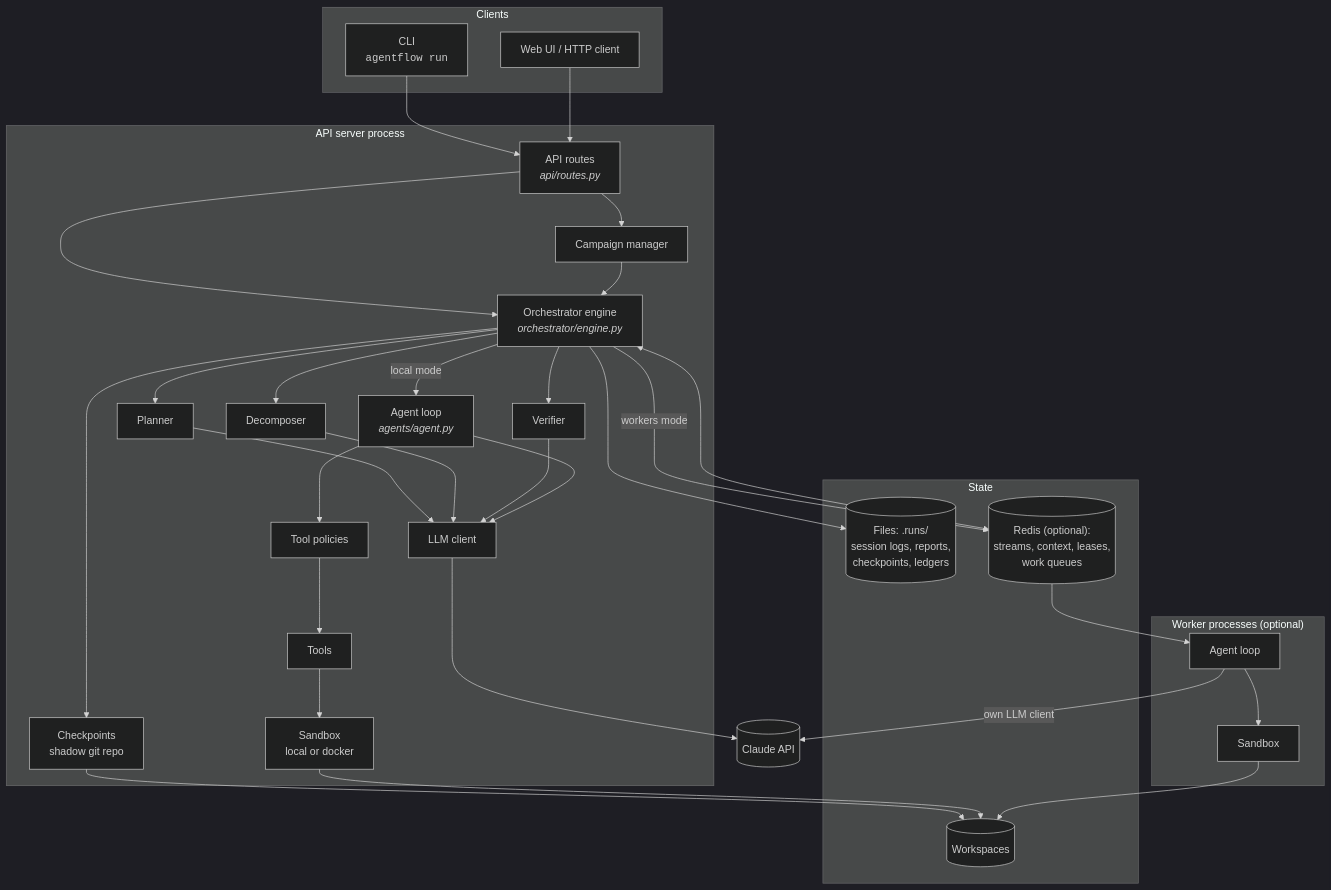
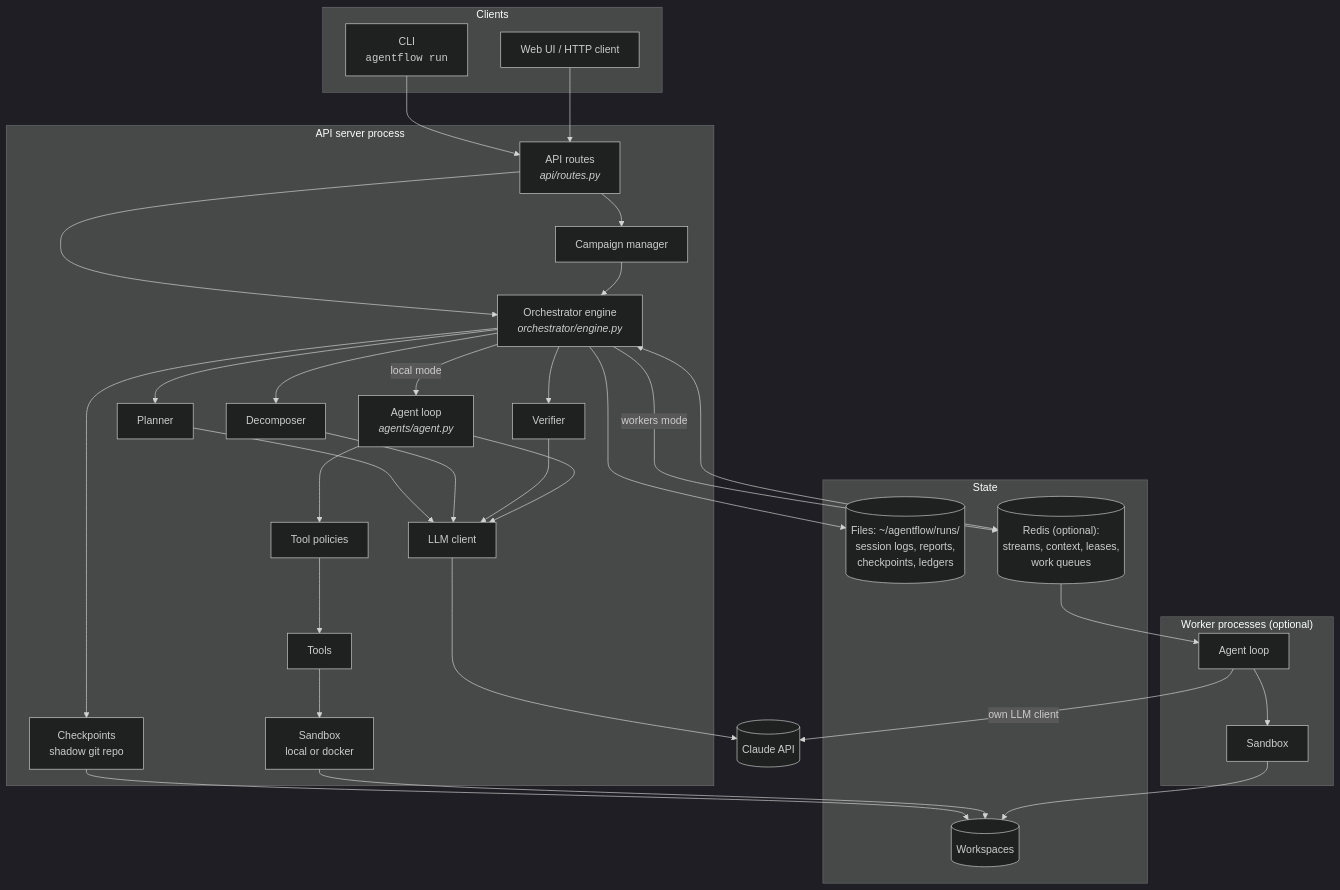
Before and after one commit to crazzybot/agentflow: the diagram in docs/guide/architecture.md, drawn with Mermaid (dark theme). The commit also changed other lines of this file and 46 other files, not shown here.

````diff
--- a/docs/guide/architecture.md
+++ b/docs/guide/architecture.md
@@ -29,49 +33,49 @@
 ```mermaid
 flowchart TB
     subgraph clients [Clients]
       cli[CLI<br/><code>agentflow run</code>]
       ui[Web UI / HTTP client]
     end
 
     subgraph server [API server process]
       api[API routes<br/><i>api/routes.py</i>]
       engine[Orchestrator engine<br/><i>orchestrator/engine.py</i>]
       planner[Planner]
       decomp[Decomposer]
       verifier[Verifier]
       campaigns[Campaign manager]
       agentloop[Agent loop<br/><i>agents/agent.py</i>]
       policy[Tool policies]
       tools[Tools]
       sandbox[Sandbox<br/>local or docker]
       ckpt[Checkpoints<br/>shadow git repo]
       llm[LLM client]
     end
 
     subgraph workerproc ["Worker processes (optional)"]
       wagent[Agent loop]
       wsandbox[Sandbox]
     end
 
     subgraph state [State]
-      files[("Files: .runs/<br/>session logs, reports,<br/>checkpoints, ledgers")]
+      files[("Files: ~/agentflow/runs/<br/>session logs, reports,<br/>checkpoints, ledgers")]
       wsdir[(Workspaces)]
       redis[("Redis (optional):<br/>streams, context, leases,<br/>work queues")]
     end
 
     cli & ui --> api
     api --> engine & campaigns
     campaigns --> engine
     engine --> planner & decomp & verifier
     engine -- "local mode" --> agentloop
     engine -- "workers mode" --> redis
     redis --> wagent
     agentloop --> policy --> tools --> sandbox
     wagent --> wsandbox
     planner & decomp & verifier & agentloop --> llm --> claude[(Claude API)]
     wagent -- "own LLM client" --> claude
     engine --> ckpt --> wsdir
     sandbox & wsandbox --> wsdir
     engine --> files
     engine <--> redis
 ```
````
